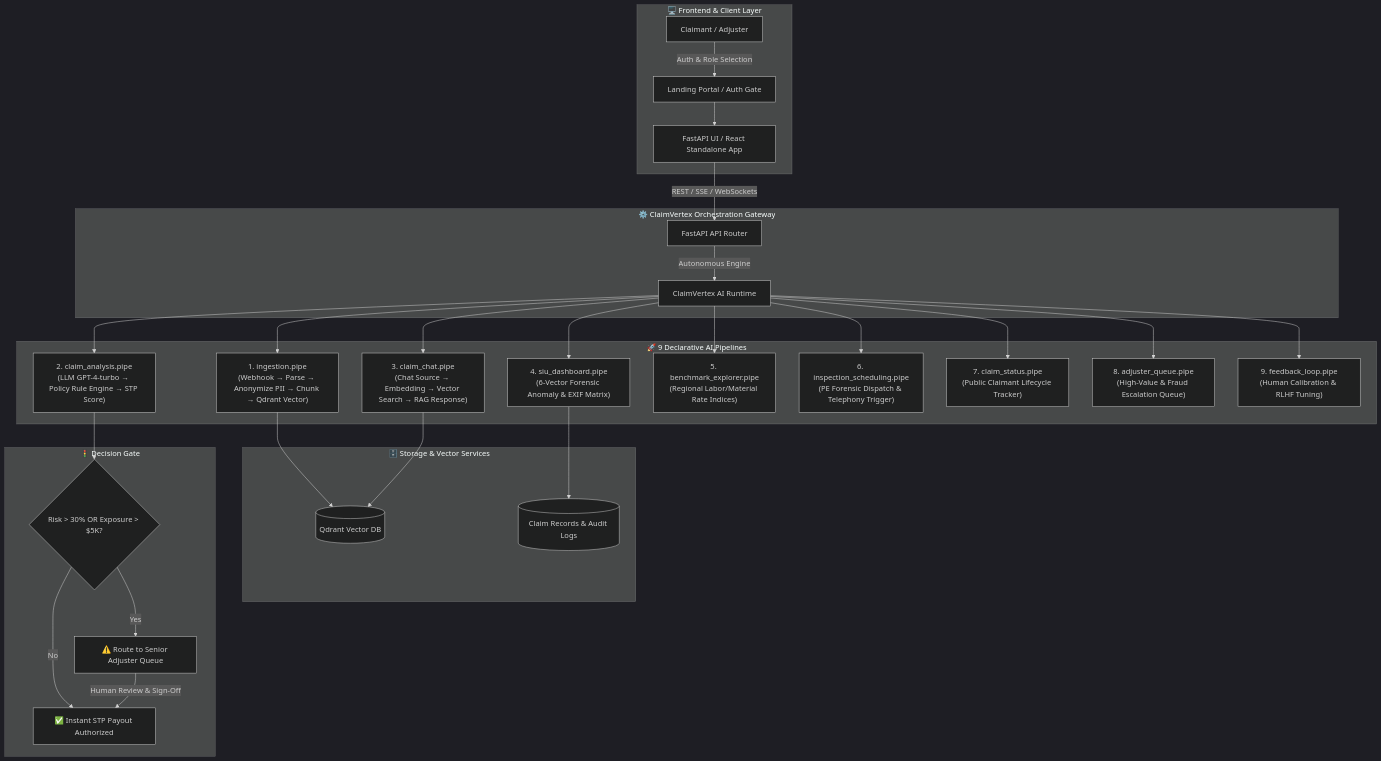
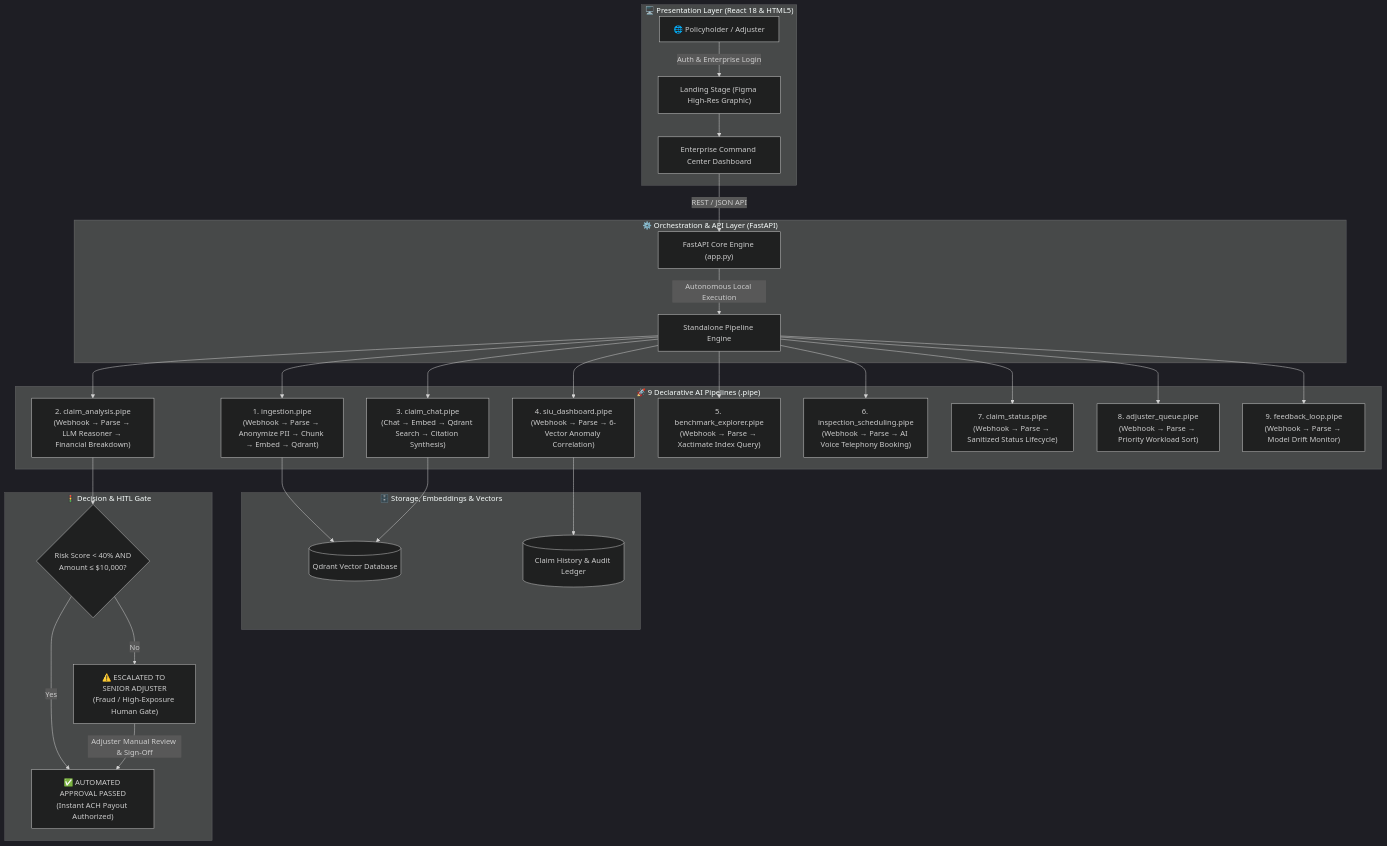
Before and after one commit to tarunagnihotri534/ClaimVertex: the diagram in README.md, drawn with Mermaid (dark theme). The commit also changed other lines of this file and 1 other file, not shown here.

Commit message:
docs: complete comprehensive README with brand logo, MIT license, system architecture, and 9 pipeline functioning deep dive

````diff
--- a/README.md
+++ b/README.md
@@ -55,37 +59,37 @@
 ```mermaid
 flowchart TD
-    subgraph ClientLayer["🖥️ Frontend & Client Layer"]
-        A[Claimant / Adjuster] -->|Auth & Role Selection| B[Landing Portal / Auth Gate]
-        B --> C[FastAPI UI / React Standalone App]
+    subgraph ClientLayer["🖥️ Presentation Layer (React 18 & HTML5)"]
+        A["🌐 Policyholder / Adjuster"] -->|Auth & Enterprise Login| B["Landing Stage (Figma High-Res Graphic)"]
+        B --> C["Enterprise Command Center Dashboard"]
     end
 
-    subgraph CoreEngine["⚙️ ClaimVertex Orchestration Gateway"]
-        C -->|REST / SSE / WebSockets| D[FastAPI API Router]
-        D -->|Autonomous Engine| E[ClaimVertex AI Runtime]
+    subgraph GatewayLayer["⚙️ Orchestration & API Layer (FastAPI)"]
+        C -->|REST / JSON API| D["FastAPI Core Engine (app.py)"]
+        D -->|Autonomous Local Execution| E["Standalone Pipeline Engine"]
     end
 
-    subgraph PipelineDAGs["🚀 9 Declarative AI Pipelines"]
-        E --> P1["1. ingestion.pipe\n(Webhook → Parse → Anonymize PII → Chunk → Qdrant Vector)"]
-        E --> P2["2. claim_analysis.pipe\n(LLM GPT-4-turbo → Policy Rule Engine → STP Score)"]
-        E --> P3["3. claim_chat.pipe\n(Chat Source → Embedding → Vector Search → RAG Response)"]
-        E --> P4["4. siu_dashboard.pipe\n(6-Vector Forensic Anomaly & EXIF Matrix)"]
-        E --> P5["5. benchmark_explorer.pipe\n(Regional Labor/Material Rate Indices)"]
-        E --> P6["6. inspection_scheduling.pipe\n(PE Forensic Dispatch & Telephony Trigger)"]
-        E --> P7["7. claim_status.pipe\n(Public Claimant Lifecycle Tracker)"]
-        E --> P8["8. adjuster_queue.pipe\n(High-Value & Fraud Escalation Queue)"]
-        E --> P9["9. feedback_loop.pipe\n(Human Calibration & RLHF Tuning)"]
+    subgraph PipelineDAGs["🚀 9 Declarative AI Pipelines (.pipe)"]
+        E --> P1["1. ingestion.pipe\n(Webhook → Parse → Anonymize PII → Chunk → Embed → Qdrant)"]
+        E --> P2["2. claim_analysis.pipe\n(Webhook → Parse → LLM Reasoner → Financial Breakdown)"]
+        E --> P3["3. claim_chat.pipe\n(Chat → Embed → Qdrant Search → Citation Synthesis)"]
+        E --> P4["4. siu_dashboard.pipe\n(Webhook → Parse → 6-Vector Anomaly Correlation)"]
+        E --> P5["5. benchmark_explorer.pipe\n(Webhook → Parse → Xactimate Index Query)"]
+        E --> P6["6. inspection_scheduling.pipe\n(Webhook → Parse → AI Voice Telephony Booking)"]
+        E --> P7["7. claim_status.pipe\n(Webhook → Parse → Sanitized Status Lifecycle)"]
+        E --> P8["8. adjuster_queue.pipe\n(Webhook → Parse → Priority Workload Sort)"]
+        E --> P9["9. feedback_loop.pipe\n(Webhook → Parse → Model Drift Monitor)"]
     end
 
-    subgraph DataStore["🗄️ Storage & Vector Services"]
-        P1 --> Q[(Qdrant Vector DB)]
+    subgraph StorageLayer["🗄️ Storage, Embeddings & Vectors"]
+        P1 --> Q[(Qdrant Vector Database)]
         P3 --> Q
-        P4 --> DB[(Claim Records & Audit Logs)]
+        P4 --> DB[(Claim History & Audit Ledger)]
     end
 
-    subgraph Decision["🚦 Decision Gate"]
-        P2 --> G{Risk > 30% OR Exposure > $5K?}
-        G -- No --> H[✅ Instant STP Payout Authorized]
-        G -- Yes --> I[⚠️ Route to Senior Adjuster Queue]
-        I -->|Human Review & Sign-Off| H
+    subgraph DecisionGate["🚦 Decision & HITL Gate"]
+        P2 --> G{Risk Score < 40% AND\nAmount ≤ $10,000?}
+        G -- Yes --> H["✅ AUTOMATED APPROVAL PASSED\n(Instant ACH Payout Authorized)"]
+        G -- No --> I["⚠️ ESCALATED TO SENIOR ADJUSTER\n(Fraud / High-Exposure Human Gate)"]
+        I -->|Adjuster Manual Review & Sign-Off| H
     end
 ```
````
